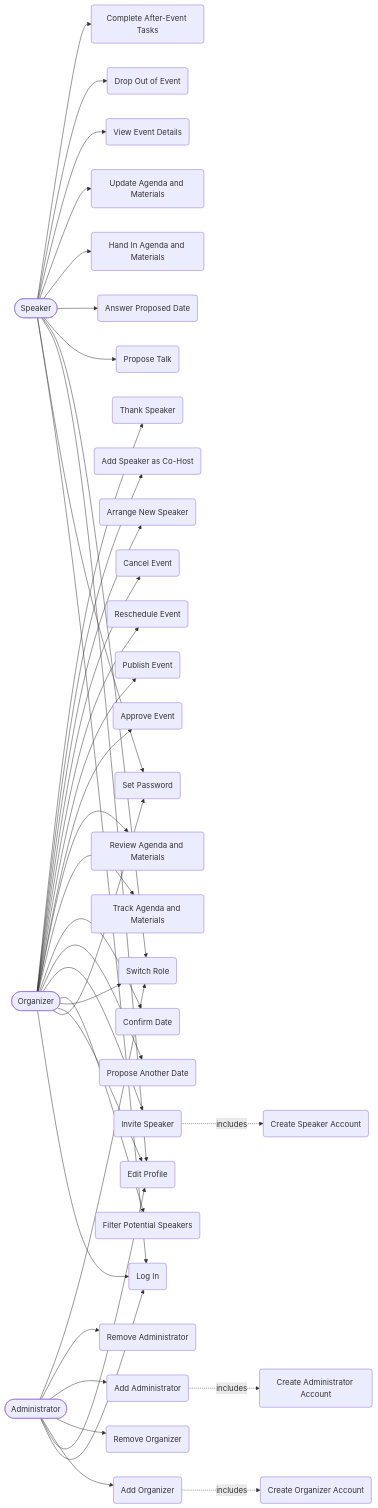
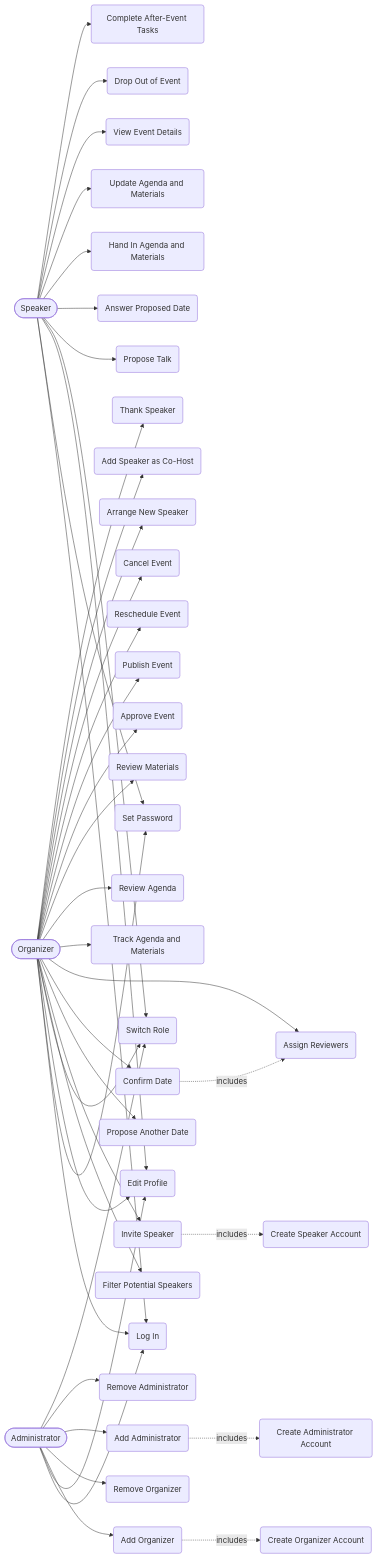
The diagram in docs/use-cases.md (optivem/event-hub), drawn with Mermaid before and after one commit. The commit also changed other lines of this file and 39 other files, not shown here.

First line of the commit message:
Add organizer views, event assignees and separate agenda approval to the prototype

````diff
--- a/docs/use-cases.md
+++ b/docs/use-cases.md
@@ -3,48 +3,51 @@
 ```mermaid
 graph LR
     Speaker([Speaker])
     Organizer([Organizer])
     Administrator([Administrator])
 
     Speaker --> LogIn(Log In)
     Speaker --> SetPassword(Set Password)
     Speaker --> EditProfile(Edit Profile)
     Speaker --> SwitchRole(Switch Role)
     Speaker --> ProposeTalk(Propose Talk)
     Speaker --> AnswerDate(Answer Proposed Date)
     Speaker --> HandInMaterials(Hand In Agenda and Materials)
     Speaker --> UpdateMaterials(Update Agenda and Materials)
     Speaker --> ViewEventDetails(View Event Details)
     Speaker --> DropOut(Drop Out of Event)
     Speaker --> AfterEventTasks(Complete After-Event Tasks)
 
     Organizer --> LogIn
     Organizer --> SetPassword
     Organizer --> EditProfile
     Organizer --> SwitchRole
     Organizer --> FilterSpeakers(Filter Potential Speakers)
     Organizer --> InviteSpeaker(Invite Speaker)
     Organizer --> ProposeAnotherDate(Propose Another Date)
     Organizer --> ConfirmDate(Confirm Date)
+    Organizer --> AssignReviewers(Assign Reviewers)
     Organizer --> TrackMaterials(Track Agenda and Materials)
-    Organizer --> ReviewMaterials(Review Agenda and Materials)
+    Organizer --> ReviewAgenda(Review Agenda)
+    Organizer --> ReviewMaterials(Review Materials)
     Organizer --> ApproveEvent(Approve Event)
     Organizer --> PublishEvent(Publish Event)
     Organizer --> RescheduleEvent(Reschedule Event)
     Organizer --> CancelEvent(Cancel Event)
     Organizer --> ArrangeNewSpeaker(Arrange New Speaker)
     Organizer --> AddCoHost(Add Speaker as Co-Host)
     Organizer --> ThankSpeaker(Thank Speaker)
 
     Administrator --> LogIn
     Administrator --> EditProfile
     Administrator --> AddOrganizer(Add Organizer)
     Administrator --> RemoveOrganizer(Remove Organizer)
     Administrator --> AddAdministrator(Add Administrator)
     Administrator --> RemoveAdministrator(Remove Administrator)
     Administrator --> SwitchRole
 
     InviteSpeaker -. includes .-> CreateAccount(Create Speaker Account)
+    ConfirmDate -. includes .-> AssignReviewers
     AddOrganizer -. includes .-> CreateOrganizerAccount(Create Organizer Account)
     AddAdministrator -. includes .-> CreateAdministratorAccount(Create Administrator Account)
 ```
````
